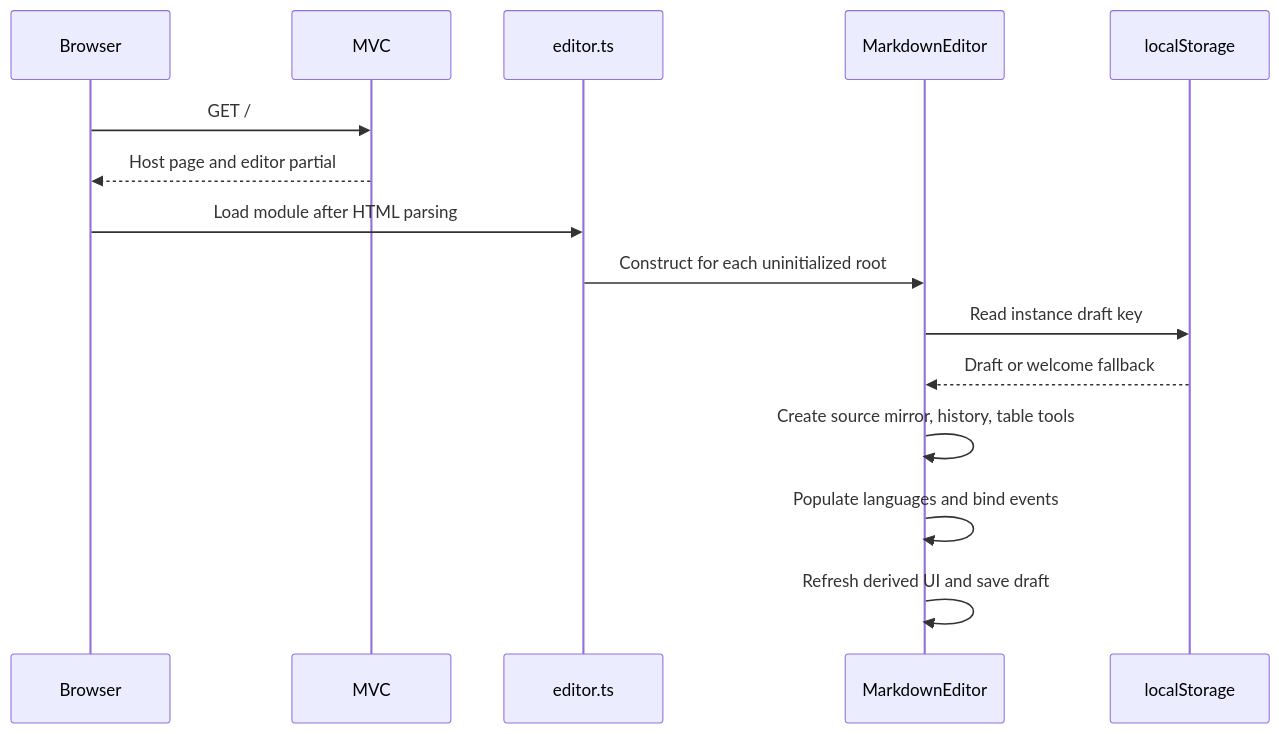
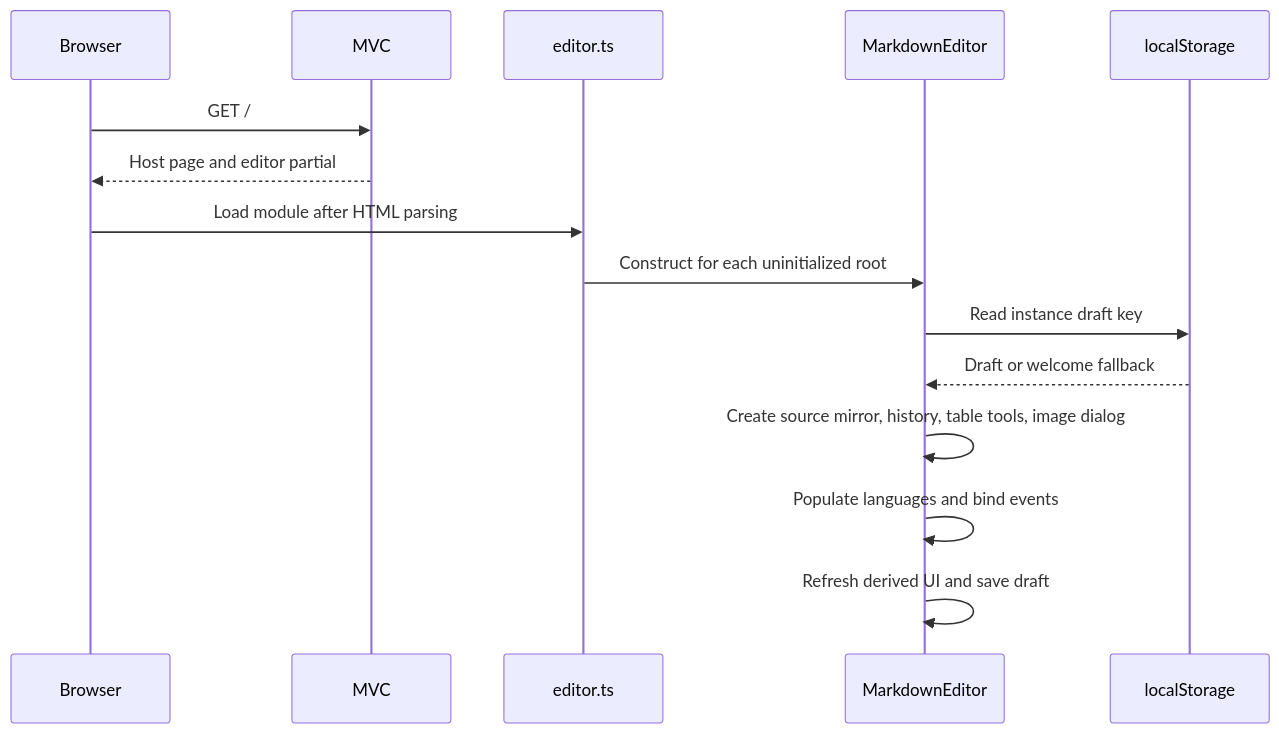
Before and after one commit to tirrellcotton/Markdown-Edtior: the second of 10 diagrams in Documentation/architecture.md, drawn with Mermaid. The commit also changed other lines of this file and 2 other files, not shown here.

Commit message:
Update viewer and image architecture documentation

````diff
--- a/Documentation/architecture.md
+++ b/Documentation/architecture.md
@@ -181,17 +202,17 @@
 ```mermaid
 sequenceDiagram
   participant Browser
   participant MVC
   participant Entry as editor.ts
   participant Instance as MarkdownEditor
   participant Draft as localStorage
   Browser->>MVC: GET /
   MVC-->>Browser: Host page and editor partial
   Browser->>Entry: Load module after HTML parsing
   Entry->>Instance: Construct for each uninitialized root
   Instance->>Draft: Read instance draft key
   Draft-->>Instance: Draft or welcome fallback
-  Instance->>Instance: Create source mirror, history, table tools
+  Instance->>Instance: Create source mirror, history, table tools, image dialog
   Instance->>Instance: Populate languages and bind events
   Instance->>Instance: Refresh derived UI and save draft
 ```
````
